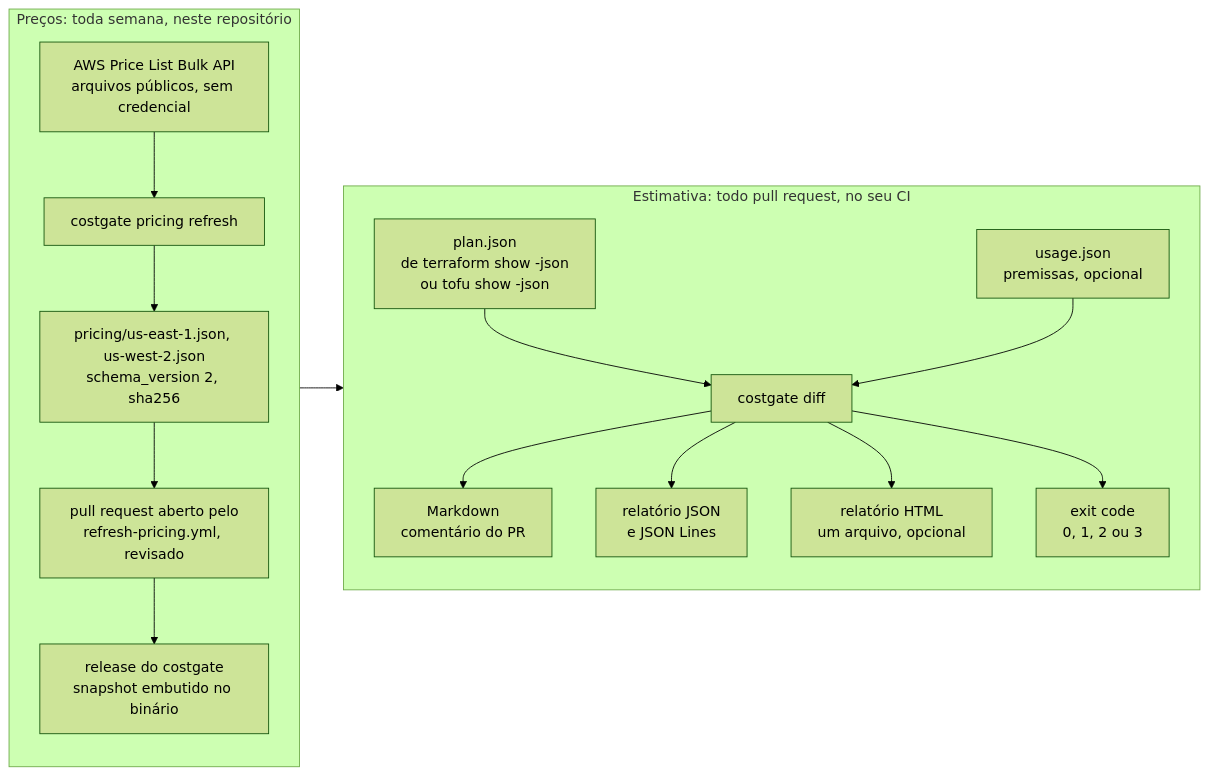
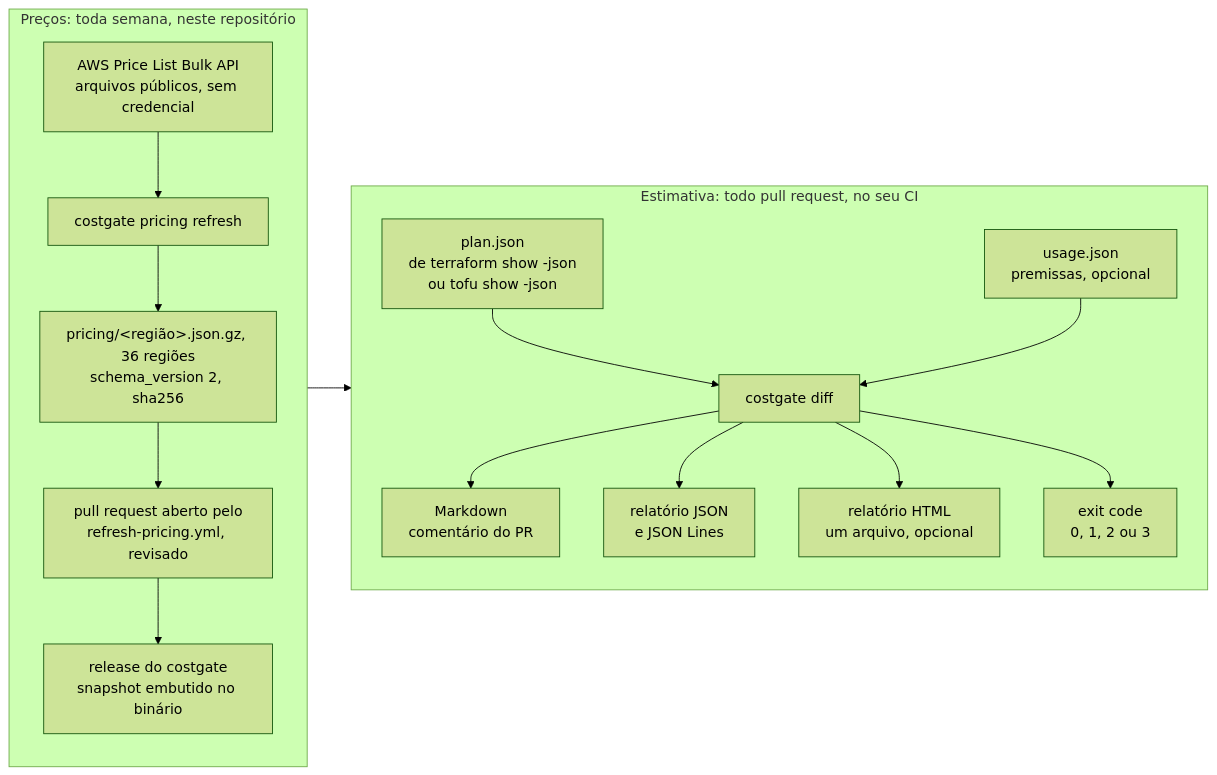
Before and after one commit to leosavio/costgate: the diagram in README.pt-BR.md, drawn with Mermaid (forest theme). The commit also changed other lines of this file and 104 other files, not shown here.

````diff
--- a/README.pt-BR.md
+++ b/README.pt-BR.md
@@ -29,20 +29,20 @@
 ```mermaid
 flowchart LR
   subgraph prices["Preços: toda semana, neste repositório"]
     direction TB
     api["AWS Price List Bulk API<br/>arquivos públicos, sem credencial"] --> refresh["costgate pricing refresh"]
-    refresh --> snap["pricing/us-east-1.json, us-west-2.json<br/>schema_version 2, sha256"]
+    refresh --> snap["pricing/&lt;região&gt;.json.gz, 36 regiões<br/>schema_version 2, sha256"]
     snap --> pr["pull request aberto pelo<br/>refresh-pricing.yml, revisado"]
     pr --> bin["release do costgate<br/>snapshot embutido no binário"]
   end
   subgraph estimate["Estimativa: todo pull request, no seu CI"]
     direction TB
     plan["plan.json<br/>de terraform show -json<br/>ou tofu show -json"] --> diff["costgate diff"]
     usage["usage.json<br/>premissas, opcional"] --> diff
     diff --> md["Markdown<br/>comentário do PR"]
     diff --> js["relatório JSON<br/>e JSON Lines"]
     diff --> html["relatório HTML<br/>um arquivo, opcional"]
     diff --> code["exit code<br/>0, 1, 2 ou 3"]
   end
   bin --> diff
 ```
````
